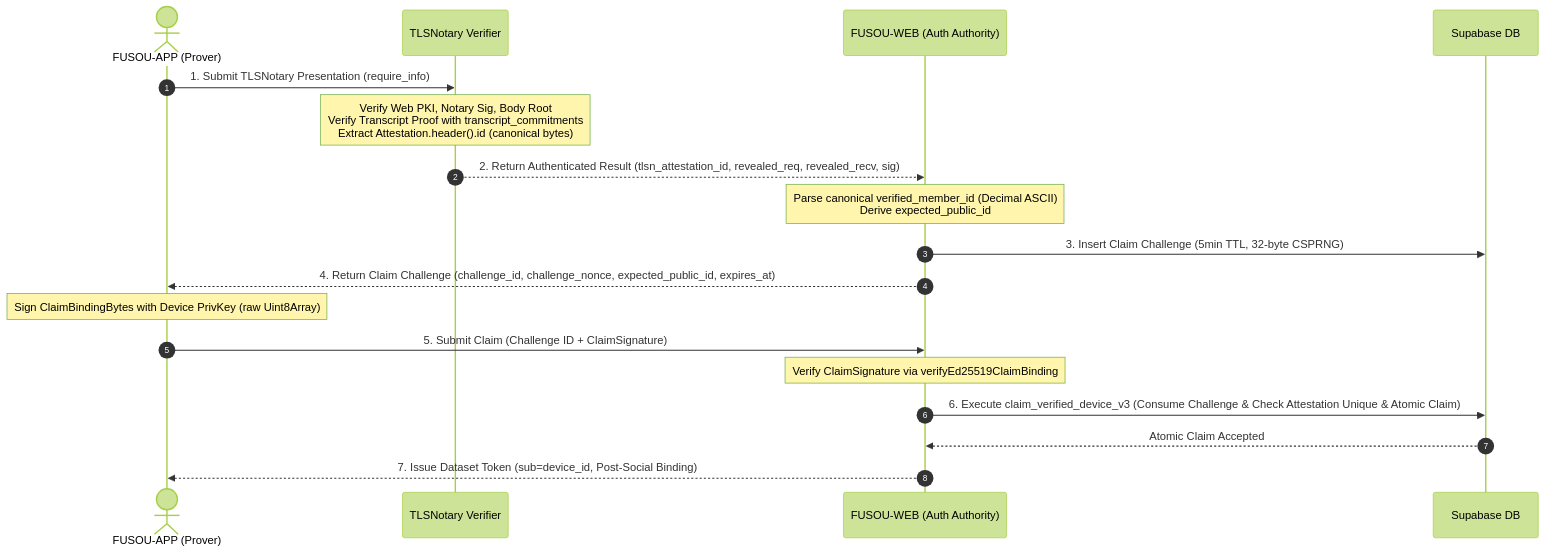
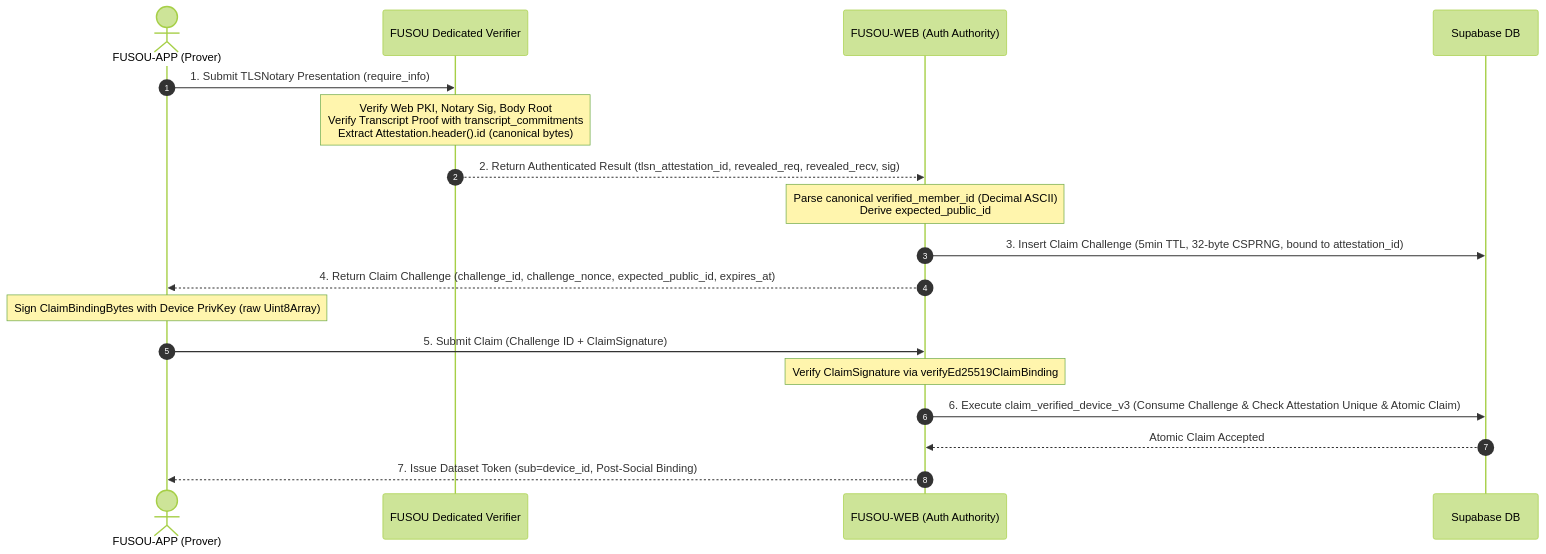
One commit to tsukasa-u/FUSOU changed the second of 2 diagrams in docs/operations/member-id-preemptive-attack-and-recovery.md. Above: the diagram before and after it, drawn with Mermaid (forest theme). The commit also changed other lines of this file and 1 other file, not shown here.

First line of the commit message:
docs(security): clarify Verifier/Notary model, canonical binary framing, atomic telemetry transactions, and test matrix

````diff
--- a/docs/operations/member-id-preemptive-attack-and-recovery.md
+++ b/docs/operations/member-id-preemptive-attack-and-recovery.md
@@ -277,21 +277,21 @@
 ```mermaid
 sequenceDiagram
     autonumber
     actor Client as FUSOU-APP (Prover)
-    participant Verifier as TLSNotary Verifier
+    participant Verifier as FUSOU Dedicated Verifier
     participant Web as FUSOU-WEB (Auth Authority)
     participant DB as Supabase DB
 
     Client->>Verifier: 1. Submit TLSNotary Presentation (require_info)
     Note over Verifier: Verify Web PKI, Notary Sig, Body Root<br/>Verify Transcript Proof with transcript_commitments<br/>Extract Attestation.header().id (canonical bytes)
     Verifier-->>Web: 2. Return Authenticated Result (tlsn_attestation_id, revealed_req, revealed_recv, sig)
     Note over Web: Parse canonical verified_member_id (Decimal ASCII)<br/>Derive expected_public_id
-    Web->>DB: 3. Insert Claim Challenge (5min TTL, 32-byte CSPRNG)
+    Web->>DB: 3. Insert Claim Challenge (5min TTL, 32-byte CSPRNG, bound to attestation_id)
     Web-->>Client: 4. Return Claim Challenge (challenge_id, challenge_nonce, expected_public_id, expires_at)
     Note over Client: Sign ClaimBindingBytes with Device PrivKey (raw Uint8Array)
     Client->>Web: 5. Submit Claim (Challenge ID + ClaimSignature)
     Note over Web: Verify ClaimSignature via verifyEd25519ClaimBinding
     Web->>DB: 6. Execute claim_verified_device_v3 (Consume Challenge & Check Attestation Unique & Atomic Claim)
     DB-->>Web: Atomic Claim Accepted
     Web-->>Client: 7. Issue Dataset Token (sub=device_id, Post-Social Binding)
 ```
````
